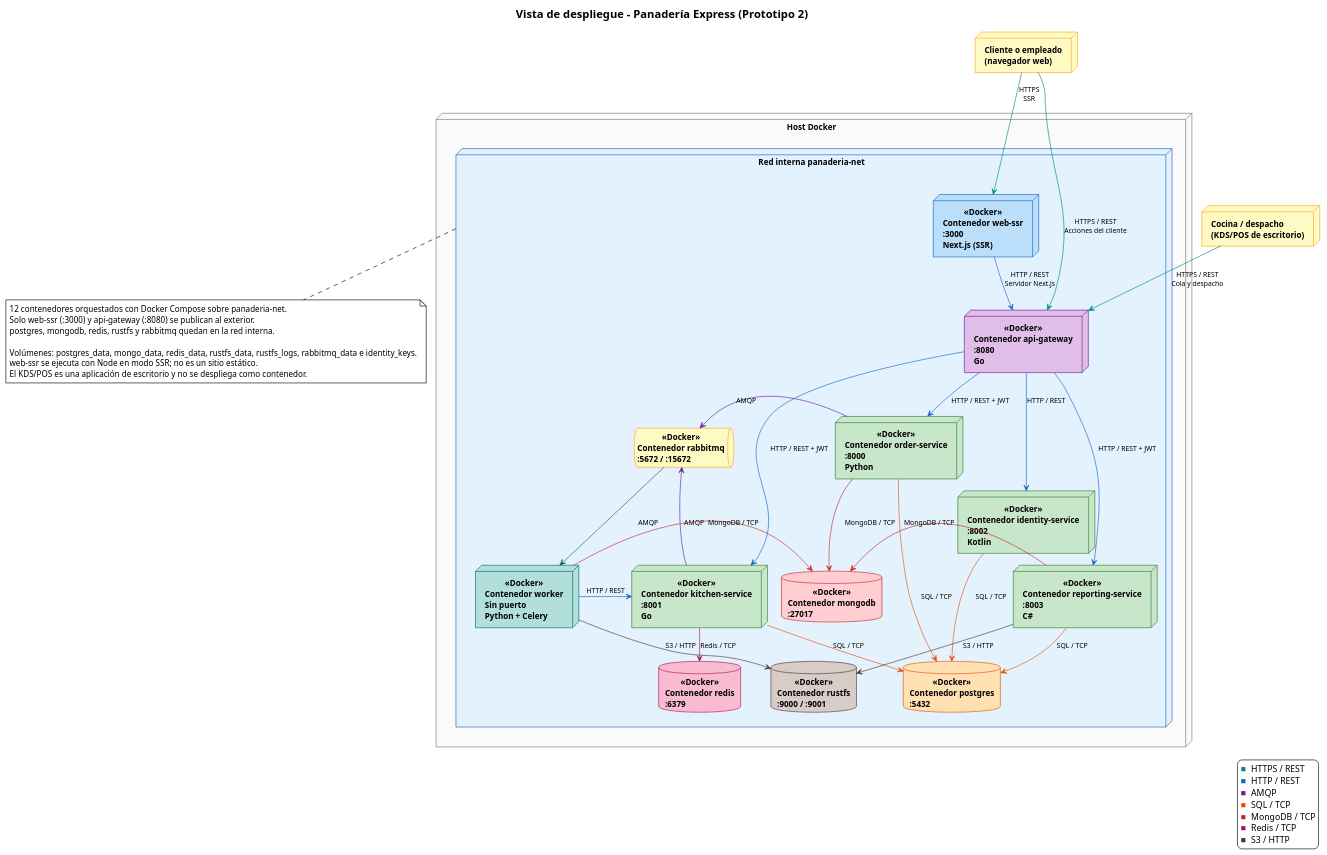
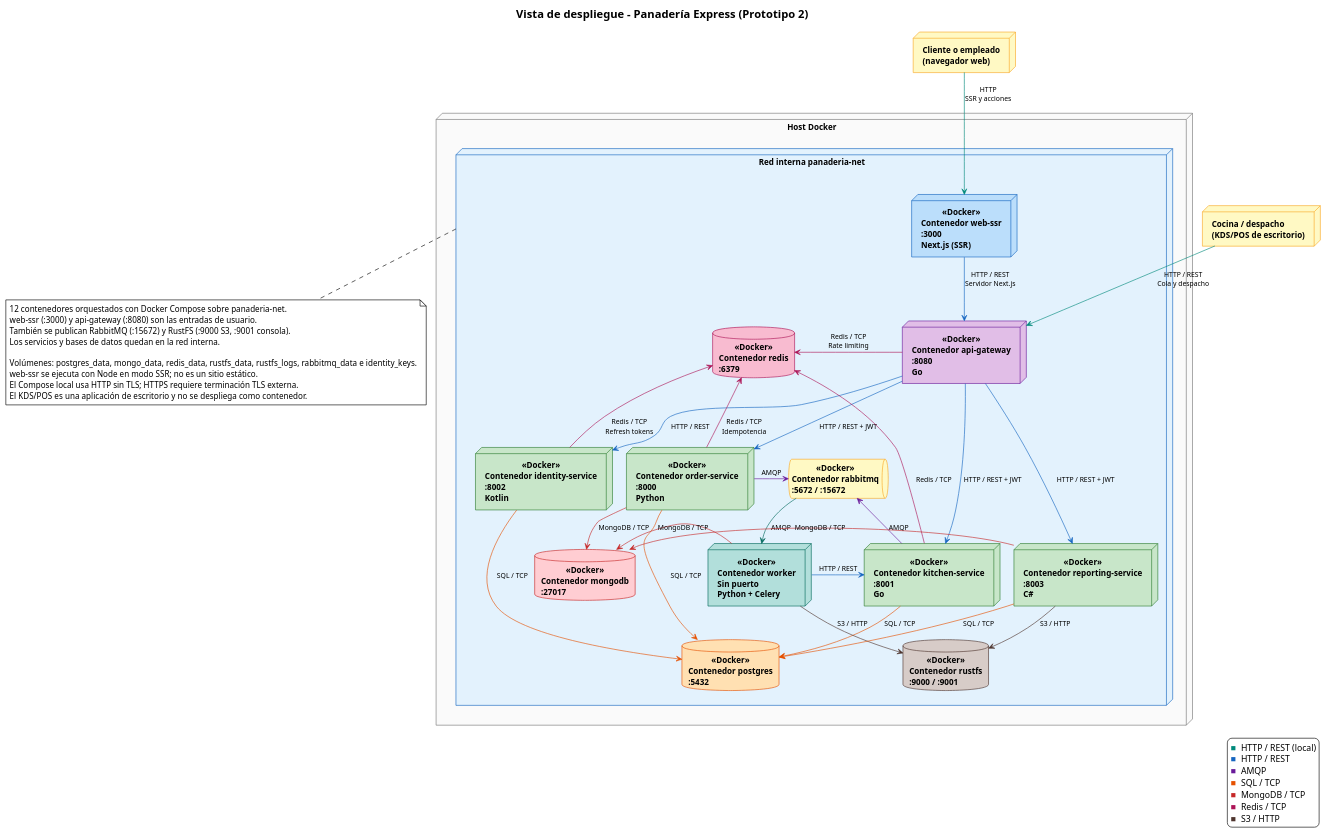
The diagram in g3-H-PanTech/docs/tiers_despliegue P2.puml (unal-sw-arch/swarch-2026ii), drawn with PlantUML before and after one commit. The commit also changed 19 other files, not shown here.

Commit message:
fix: align prototype 2 services and architecture

```diff
--- a/g3-H-PanTech/docs/tiers_despliegue P2.puml
+++ b/g3-H-PanTech/docs/tiers_despliegue P2.puml
@@ -1,96 +1,100 @@
 @startuml
 !theme plain
 top to bottom direction
 skinparam shadowing false
 skinparam defaultFontSize 13
 skinparam nodesep 22
 skinparam ranksep 38
 skinparam ArrowFontSize 11
 skinparam titleFontSize 18
 skinparam titleFontStyle bold
 skinparam node {
   FontStyle bold
 }
 skinparam database {
   FontStyle bold
 }
 skinparam queue {
   FontStyle bold
 }
 
 title Vista de despliegue - Panadería Express (Prototipo 2)
 
 node "Cliente o empleado\n(navegador web)" as Browser #FFF9C4;line:F9A825
 node "Cocina / despacho\n(KDS/POS de escritorio)" as KDS #FFF9C4;line:F9A825
 
 node "Host Docker" as Host #FAFAFA;line:757575 {
   node "Red interna panaderia-net" as Net #E3F2FD;line:1565C0 {
     node "Contenedor web-ssr\n:3000\nNext.js (SSR)" as Web <<Docker>> #BBDEFB;line:1565C0
     node "Contenedor api-gateway\n:8080\nGo" as GW <<Docker>> #E1BEE7;line:6A1B9A
 
     node "Contenedor identity-service\n:8002\nKotlin" as Identity <<Docker>> #C8E6C9;line:2E7D32
     node "Contenedor order-service\n:8000\nPython" as Order <<Docker>> #C8E6C9;line:2E7D32
     node "Contenedor kitchen-service\n:8001\nGo" as Kitchen <<Docker>> #C8E6C9;line:2E7D32
     node "Contenedor reporting-service\n:8003\nC#" as Reporting <<Docker>> #C8E6C9;line:2E7D32
     node "Contenedor worker\nSin puerto\nPython + Celery" as Worker <<Docker>> #B2DFDB;line:00695C
 
     queue "Contenedor rabbitmq\n:5672 / :15672" as MQ <<Docker>> #FFF9C4;line:F9A825
 
     database "Contenedor postgres\n:5432" as PG <<Docker>> #FFE0B2;line:E65100
     database "Contenedor mongodb\n:27017" as Mongo <<Docker>> #FFCDD2;line:C62828
     database "Contenedor redis\n:6379" as Redis <<Docker>> #F8BBD0;line:AD1457
     database "Contenedor rustfs\n:9000 / :9001" as RustFS <<Docker>> #D7CCC8;line:4E342E
   }
 }
 
 ' Clientes -> presentación y borde
-Browser -[#00897B]down-> Web : HTTPS\nSSR
-Browser -[#00897B]down-> GW : HTTPS / REST\nAcciones del cliente
-KDS -[#00897B]down-> GW : HTTPS / REST\nCola y despacho
+Browser -[#00897B]down-> Web : HTTP\nSSR y acciones
+KDS -[#00897B]down-> GW : HTTP / REST\nCola y despacho
 
 ' Presentación -> borde
 Web -[#1565C0]down-> GW : HTTP / REST\nServidor Next.js
 
 ' Borde -> lógica
 GW -[#1565C0]down-> Identity : HTTP / REST
 GW -[#1565C0]down-> Order : HTTP / REST + JWT
 GW -[#1565C0]down-> Kitchen : HTTP / REST + JWT
 GW -[#1565C0]down-> Reporting : HTTP / REST + JWT
 
 ' Lógica -> datos y eventos
+GW -[#AD1457]left-> Redis : Redis / TCP\nRate limiting
 Identity -[#E65100]down-> PG : SQL / TCP
+Identity -[#AD1457]left-> Redis : Redis / TCP\nRefresh tokens
 Order -[#E65100]down-> PG : SQL / TCP
 Order -[#C62828]right-> Mongo : MongoDB / TCP
+Order -[#AD1457]left-> Redis : Redis / TCP\nIdempotencia
 Order -[#6A1B9A]right-> MQ : AMQP
 Kitchen -[#E65100]down-> PG : SQL / TCP
 Kitchen -[#AD1457]down-> Redis : Redis / TCP
 Kitchen -[#6A1B9A]left-> MQ : AMQP
 MQ -[#00695C]down-> Worker : AMQP
 Worker -[#1565C0]right-> Kitchen : HTTP / REST
 Worker -[#C62828]left-> Mongo : MongoDB / TCP
 Worker -[#4E342E]down-> RustFS : S3 / HTTP
 Reporting -[#E65100]down-> PG : SQL / TCP
 Reporting -[#C62828]left-> Mongo : MongoDB / TCP
 Reporting -[#4E342E]down-> RustFS : S3 / HTTP
 
 note bottom of Net
   12 contenedores orquestados con Docker Compose sobre panaderia-net.
-  Solo web-ssr (:3000) y api-gateway (:8080) se publican al exterior.
-  postgres, mongodb, redis, rustfs y rabbitmq quedan en la red interna.
+  web-ssr (:3000) y api-gateway (:8080) son las entradas de usuario.
+  También se publican RabbitMQ (:15672) y RustFS (:9000 S3, :9001 consola).
+  Los servicios y bases de datos quedan en la red interna.
 
   Volúmenes: postgres_data, mongo_data, redis_data, rustfs_data, rustfs_logs, rabbitmq_data e identity_keys.
   web-ssr se ejecuta con Node en modo SSR; no es un sitio estático.
+  El Compose local usa HTTP sin TLS; HTTPS requiere terminación TLS externa.
   El KDS/POS es una aplicación de escritorio y no se despliega como contenedor.
 end note
 
 legend right
-  <color:#00897B>■</color> HTTPS / REST
+  <color:#00897B>■</color> HTTP / REST (local)
   <color:#1565C0>■</color> HTTP / REST
   <color:#6A1B9A>■</color> AMQP
   <color:#E65100>■</color> SQL / TCP
   <color:#C62828>■</color> MongoDB / TCP
   <color:#AD1457>■</color> Redis / TCP
   <color:#4E342E>■</color> S3 / HTTP
 endlegend
 
 @enduml
```
